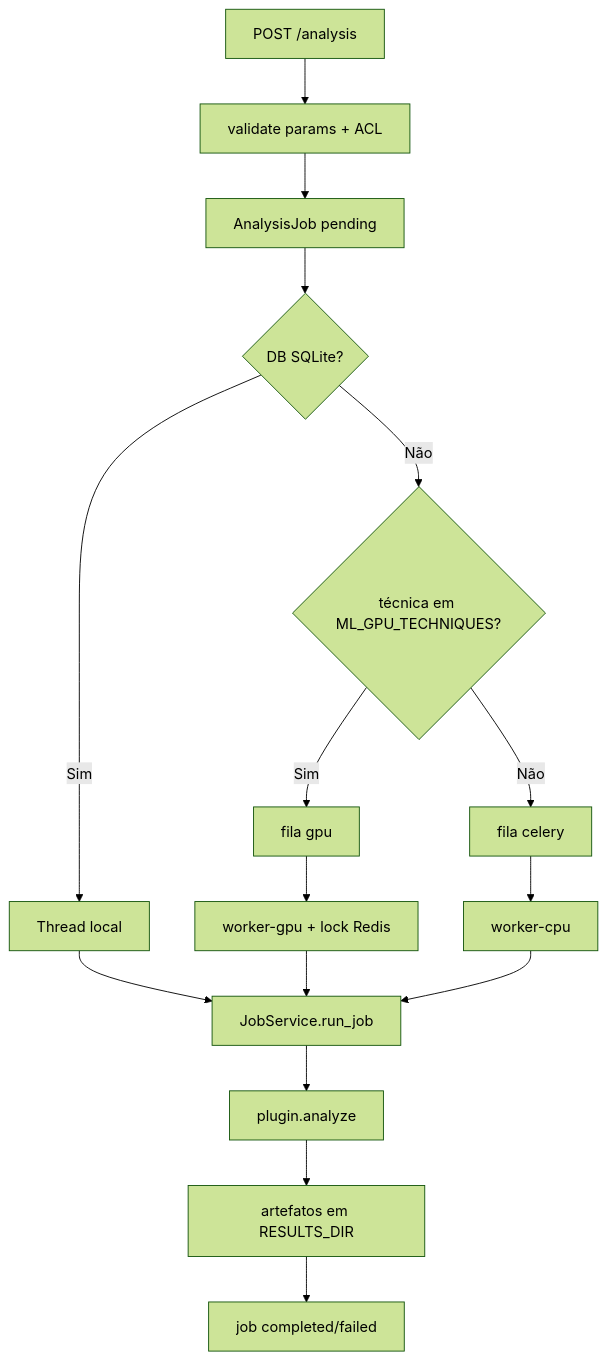
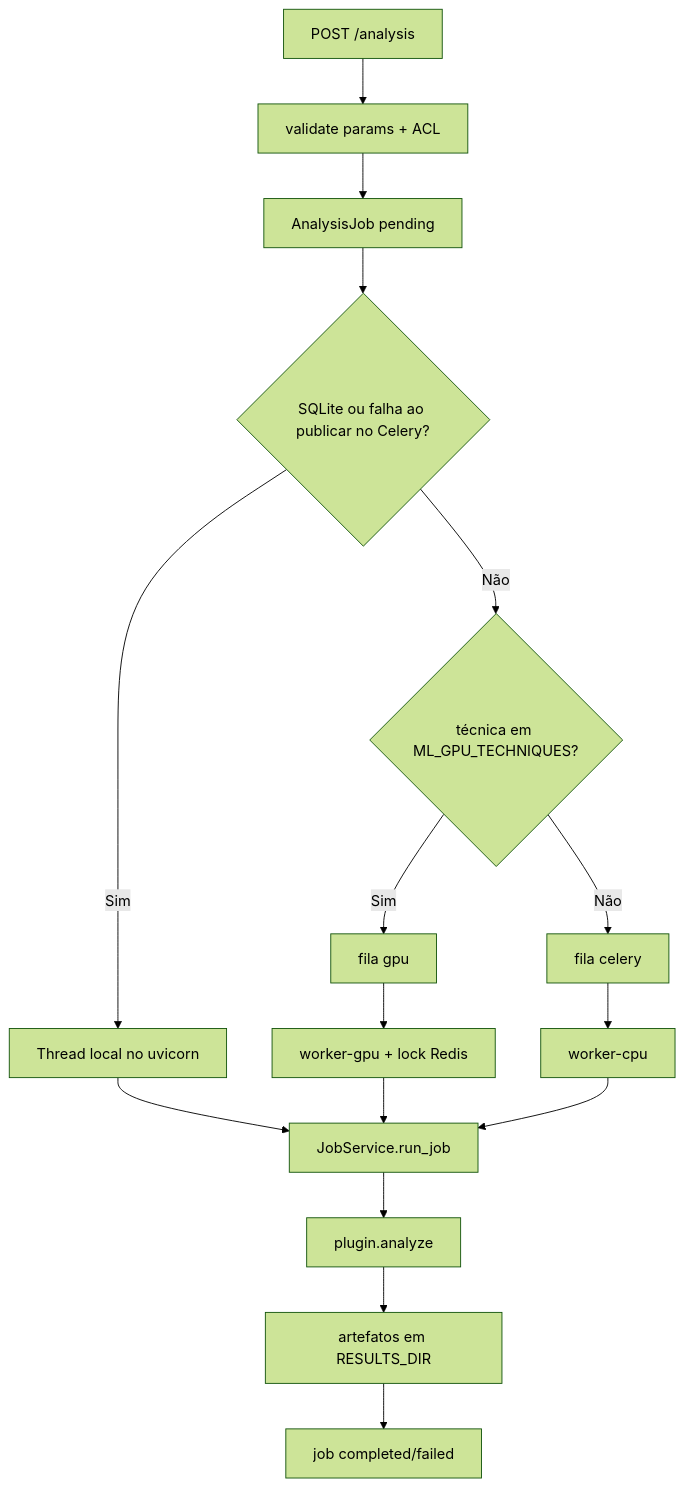
The second of 2 diagrams in docs/04-backend.md (peritopaulomax/ForensicAuth), drawn with Mermaid (forest theme) before and after one commit. The commit also changed other lines of this file and 12 other files, not shown here.

````diff
--- a/docs/04-backend.md
+++ b/docs/04-backend.md
@@ -82,18 +91,18 @@
 ```mermaid
 flowchart TB
   A[POST /analysis] --> B[validate params + ACL]
   B --> C[AnalysisJob pending]
-  C --> D{DB SQLite?}
-  D -->|Sim| E[Thread local]
+  C --> D{SQLite ou falha ao publicar no Celery?}
+  D -->|Sim| E[Thread local no uvicorn]
   D -->|Não| F{técnica em ML_GPU_TECHNIQUES?}
   F -->|Sim| G[fila gpu]
   F -->|Não| H[fila celery]
   G --> I[worker-gpu + lock Redis]
   H --> J[worker-cpu]
   E --> K[JobService.run_job]
   I --> K
   J --> K
   K --> L[plugin.analyze]
   L --> M[artefatos em RESULTS_DIR]
   M --> N[job completed/failed]
 ```
````
